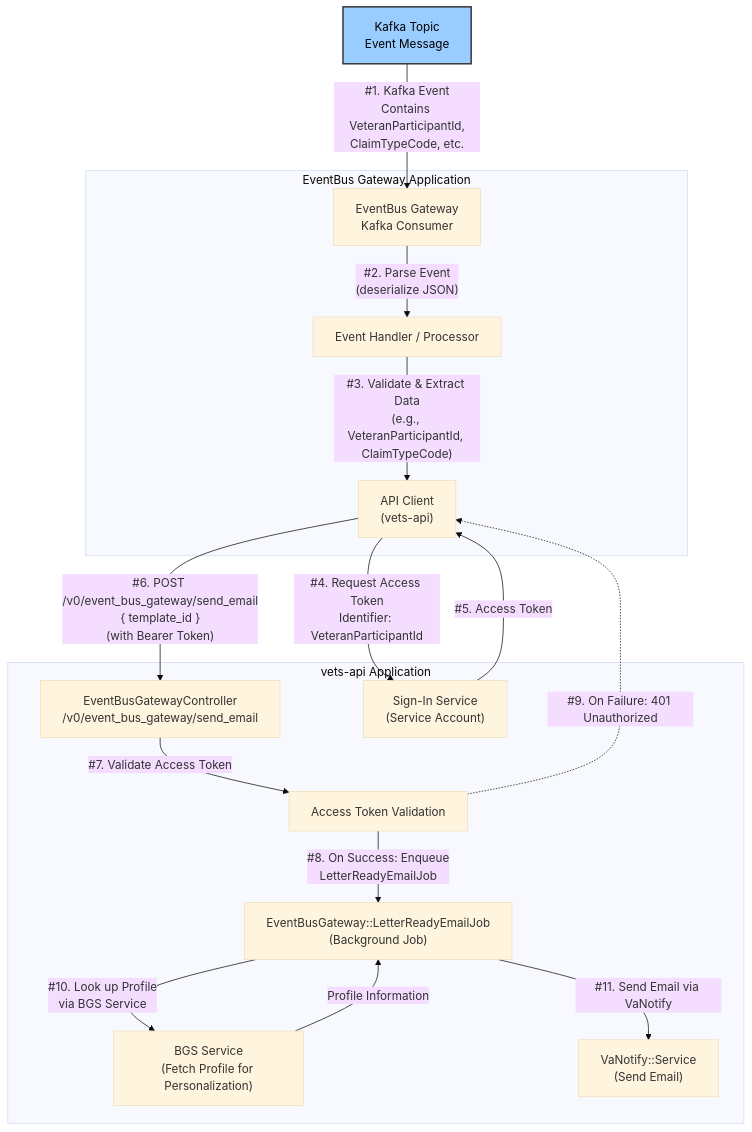
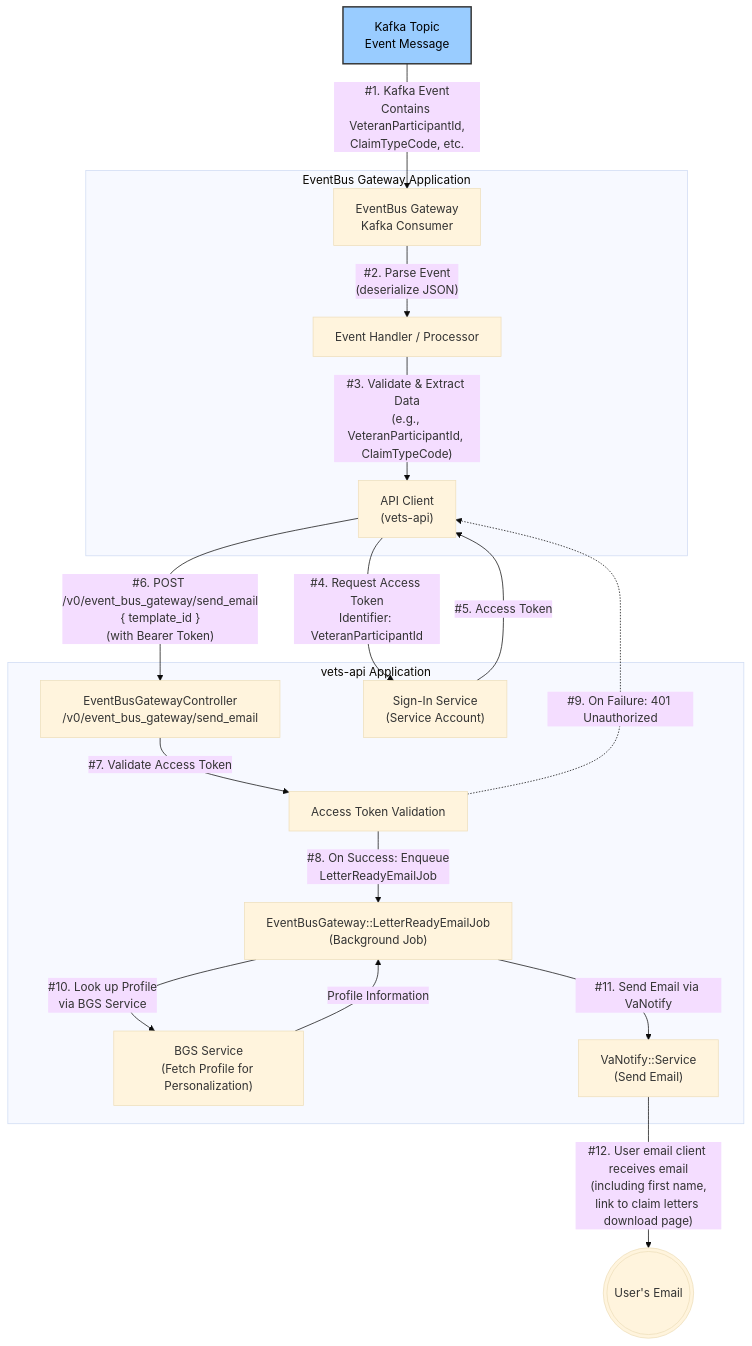
The diagram in products/claim-appeal-status/event-bus-notify/Data Flow Diagram.md (department-of-veterans-affairs/va.gov-team), drawn with Mermaid (base theme) before and after one commit. The commit also changed other lines of this file, not shown here.

Commit message:
Update Data Flow Diagram.md

````diff
--- a/products/claim-appeal-status/event-bus-notify/Data Flow Diagram.md
+++ b/products/claim-appeal-status/event-bus-notify/Data Flow Diagram.md
@@ -5,39 +5,41 @@
 ```mermaid
 flowchart TD
     %% External Event Source
     A[Kafka Topic<br/>Event Message]:::external
     subgraph EventBus Gateway Application
         B["EventBus Gateway<br/>Kafka Consumer"]
         C["Event Handler / Processor"]
         D["API Client<br/>(vets-api)"]
     end
     subgraph vets-api Application
         E["EventBusGatewayController<br/>/v0/event_bus_gateway/send_email"]
         I["Sign-In Service<br/>(Service Account)"]
         J["Access Token Validation"]
         F["EventBusGateway::LetterReadyEmailJob<br/>(Background Job)"]
         G["BGS Service<br/>(Fetch Profile for Personalization)"]
         H["VaNotify::Service<br/>(Send Email)"]
     end
+    K(((User's Email)))
 
     %% Data flow lines
     A -- "#1. Kafka Event<br />Contains VeteranParticipantId,<br />ClaimTypeCode, etc." --> B
     B -- "#2. Parse Event<br />(deserialize JSON)" --> C
     C -- "#3. Validate & Extract Data<br />(e.g., VeteranParticipantId, ClaimTypeCode)" --> D
     D -- "#4. Request Access Token<br />Identifier: VeteranParticipantId" --> I
     I -- "#5. Access Token" --> D
     D -- "#6. POST /v0/event_bus_gateway/send_email<br />{ template_id }<br />(with Bearer Token)" --> E
     E -- "#7. Validate Access Token" --> J
     J -- "#8. On Success: Enqueue<br />LetterReadyEmailJob" --> F
     J -. "#9. On Failure: 401 Unauthorized" .-> D
     F -- "#10. Look up Profile<br />via BGS Service" --> G
     F -- "#11. Send Email via VaNotify" --> H
     G -- "Profile Information" --> F
+    H -- "#12. User email client receives email<br />(including first name,<br />link to claim letters download page)" --> K
 
     %% Styling
     classDef external color:#000,fill:#9cf,stroke:#333,stroke-width:2px
     class A external
 
     %% Dashed arrow for error
     %% J -. "Unauthorized" .-> D
 ```
````
